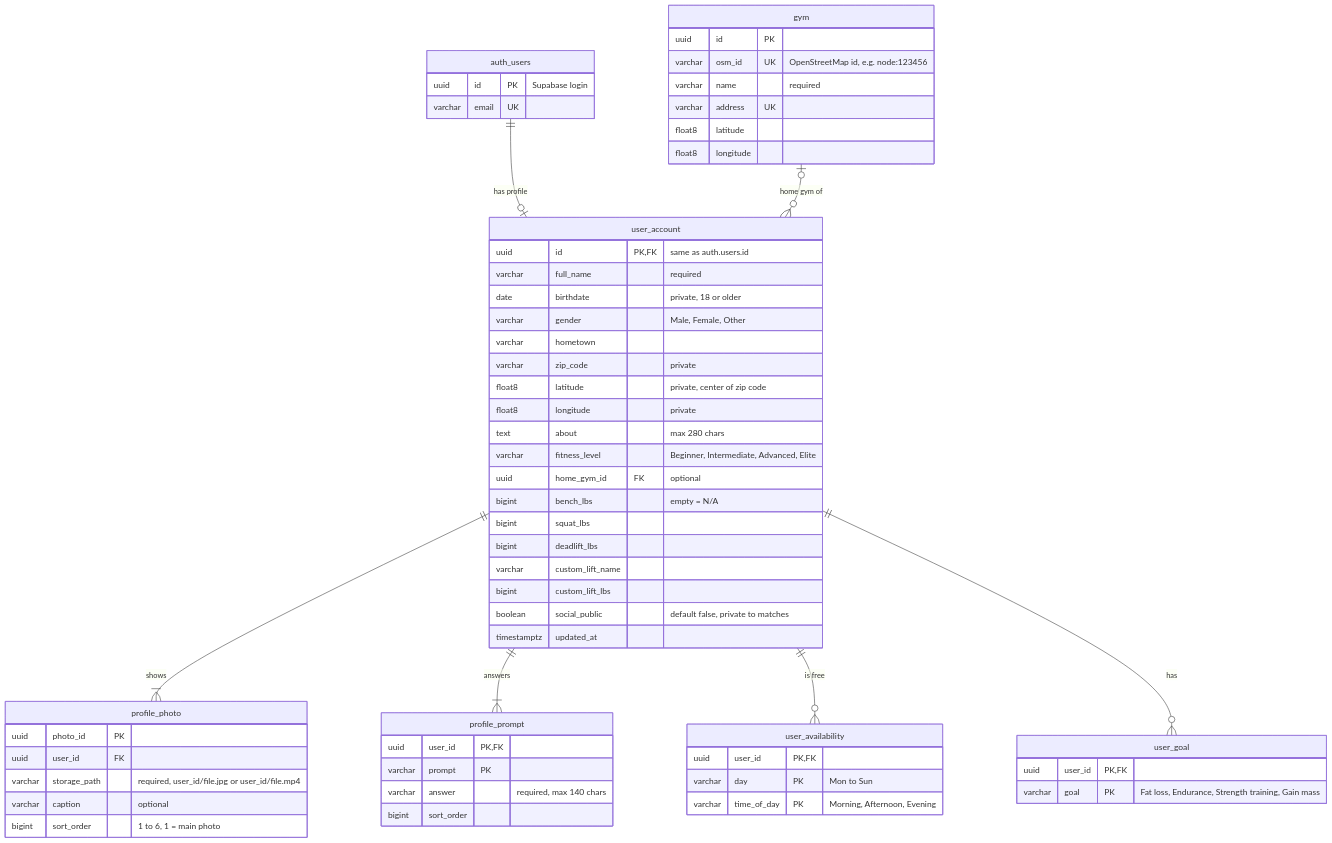
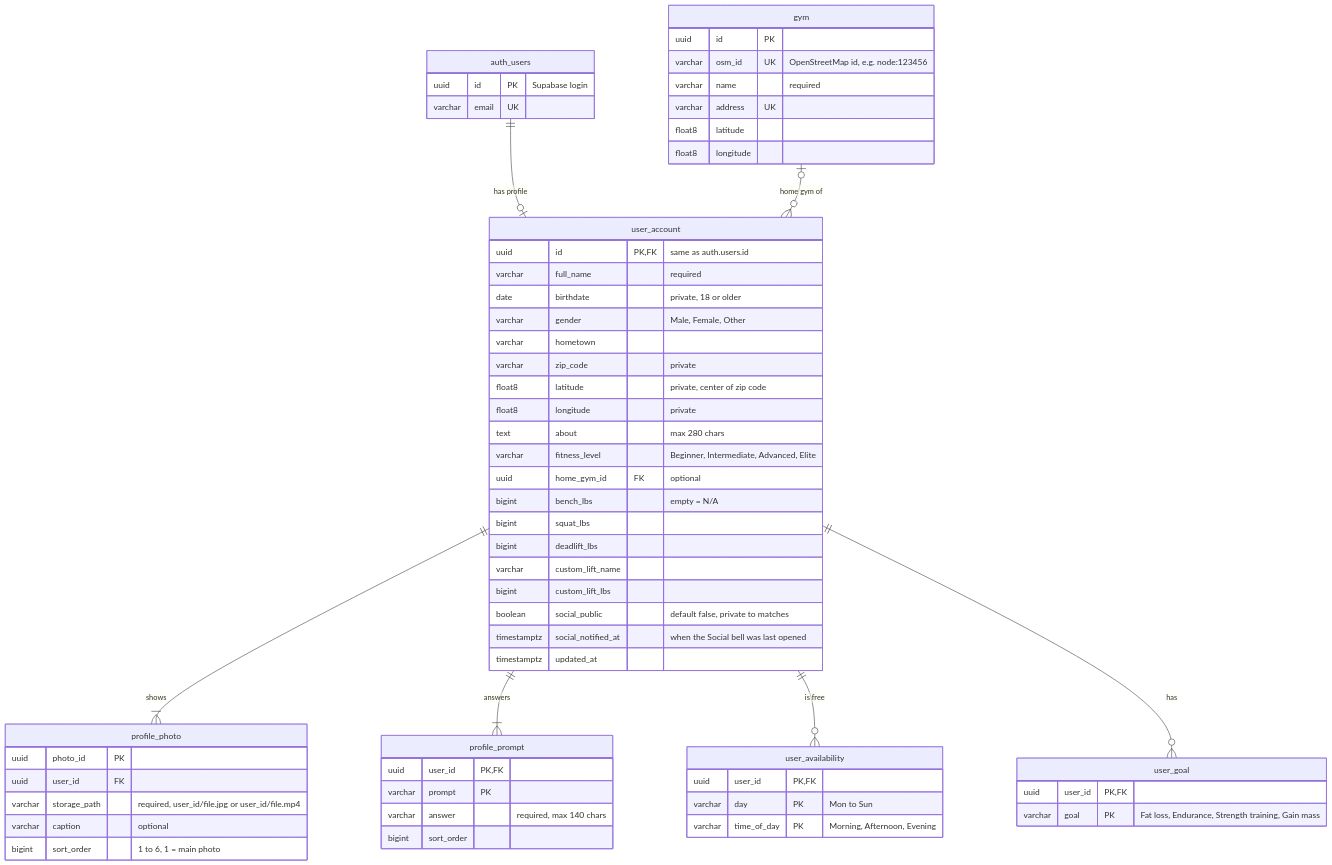
One commit to rehman20052/SwoleMates changed the first of 7 diagrams in docs/DATA_MODEL.md. Above: the diagram before and after it, drawn with Mermaid. The commit also changed other lines of this file and 14 other files, not shown here.

````diff
--- a/docs/DATA_MODEL.md
+++ b/docs/DATA_MODEL.md
@@ -49,63 +50,64 @@
 ```mermaid
 erDiagram
   auth_users {
     uuid id PK "Supabase login"
     varchar email UK
   }
   user_account {
     uuid id PK, FK "same as auth.users.id"
     varchar full_name "required"
     date birthdate "private, 18 or older"
     varchar gender "Male, Female, Other"
     varchar hometown
     varchar zip_code "private"
     float8 latitude "private, center of zip code"
     float8 longitude "private"
     text about "max 280 chars"
     varchar fitness_level "Beginner, Intermediate, Advanced, Elite"
     uuid home_gym_id FK "optional"
     bigint bench_lbs "empty = N/A"
     bigint squat_lbs
     bigint deadlift_lbs
     varchar custom_lift_name
     bigint custom_lift_lbs
     boolean social_public "default false, private to matches"
+    timestamptz social_notified_at "when the Social bell was last opened"
     timestamptz updated_at
   }
   gym {
     uuid id PK
     varchar osm_id UK "OpenStreetMap id, e.g. node:123456"
     varchar name "required"
     varchar address UK
     float8 latitude
     float8 longitude
   }
   profile_photo {
     uuid photo_id PK
     uuid user_id FK
     varchar storage_path "required, user_id/file.jpg or user_id/file.mp4"
     varchar caption "optional"
     bigint sort_order "1 to 6, 1 = main photo"
   }
   profile_prompt {
     uuid user_id PK, FK
     varchar prompt PK
     varchar answer "required, max 140 chars"
     bigint sort_order
   }
   user_availability {
     uuid user_id PK, FK
     varchar day PK "Mon to Sun"
     varchar time_of_day PK "Morning, Afternoon, Evening"
   }
   user_goal {
     uuid user_id PK, FK
     varchar goal PK "Fat loss, Endurance, Strength training, Gain mass"
   }
   auth_users ||--o| user_account : "has profile"
   gym |o--o{ user_account : "home gym of"
   user_account ||--|{ profile_photo : shows
   user_account ||--|{ profile_prompt : answers
   user_account ||--o{ user_availability : "is free"
   user_account ||--o{ user_goal : has
 ```
````
